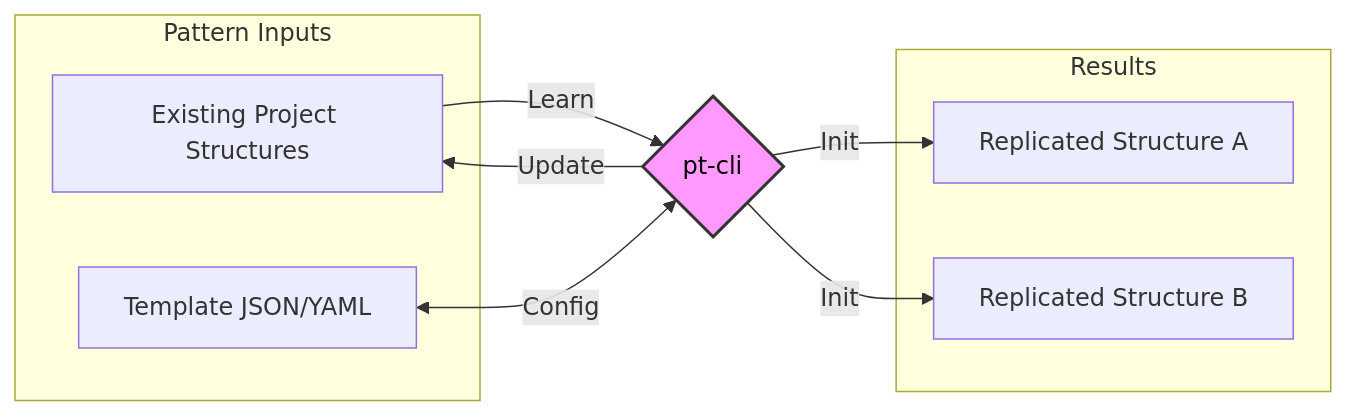
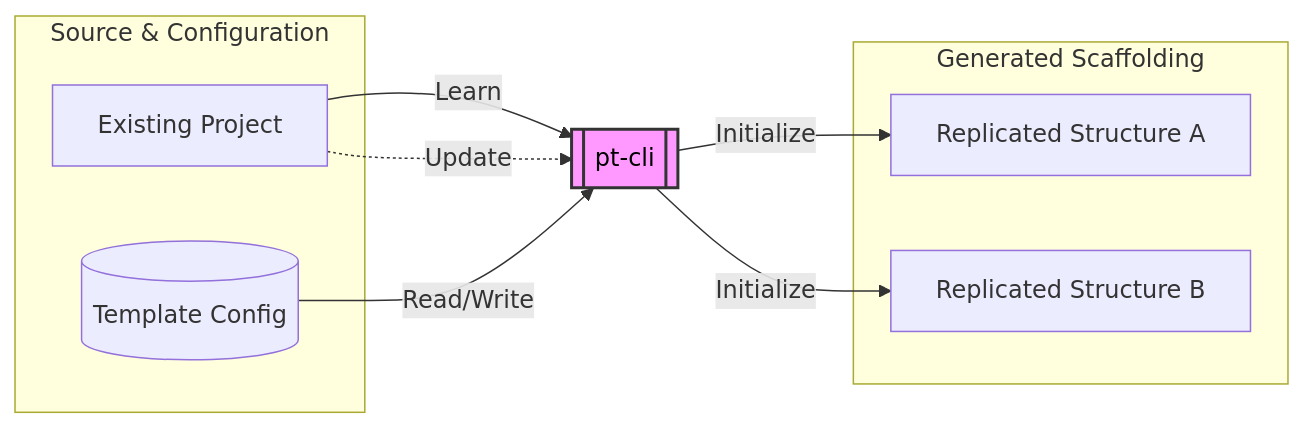
One commit to garyritchie/pt-cli changed the diagram in README.md. Above: the diagram before and after it, drawn with Mermaid.

Commit message:
Update diagram

````diff
--- a/README.md
+++ b/README.md
@@ -5,22 +5,25 @@
 ```mermaid
 graph LR
-    subgraph Input_Layer ["Pattern Inputs"]
-        A[Existing Project Structures]
-        B[Template JSON/YAML]
+    subgraph Inputs ["Source & Configuration"]
+        Existing[Existing Project]
+        Config[(Template Config)]
     end
 
-    C{pt-cli}
-    
-    subgraph Output_Layer ["Results"]
-        D[Replicated Structure A]
-        E[Replicated Structure B]
+    Engine[[pt-cli]]
+
+    subgraph Outputs ["Generated Scaffolding"]
+        RSA[Replicated Structure A]
+        RSB[Replicated Structure B]
     end
 
-    A -->|Learn| C
-    B <-->|Config| C
-    C --> |Init| D
-    C --> |Init| E
-    C --> |Update| A
+    %% Flow logic
+    Existing -- Learn --> Engine
+    Config -- Read/Write --> Engine
+    Engine -- Initialize --> RSA
+    Engine -- Initialize --> RSB
+    
+    %% Separate the Update logic to avoid crossing lines
+    Existing -. Update .-> Engine
 
-    style C color:#000,fill:#f9f,stroke:#333,stroke-width:2px
+    style Engine fill:#f9f,stroke:#333,stroke-width:2px,color:#000
 ```
````
